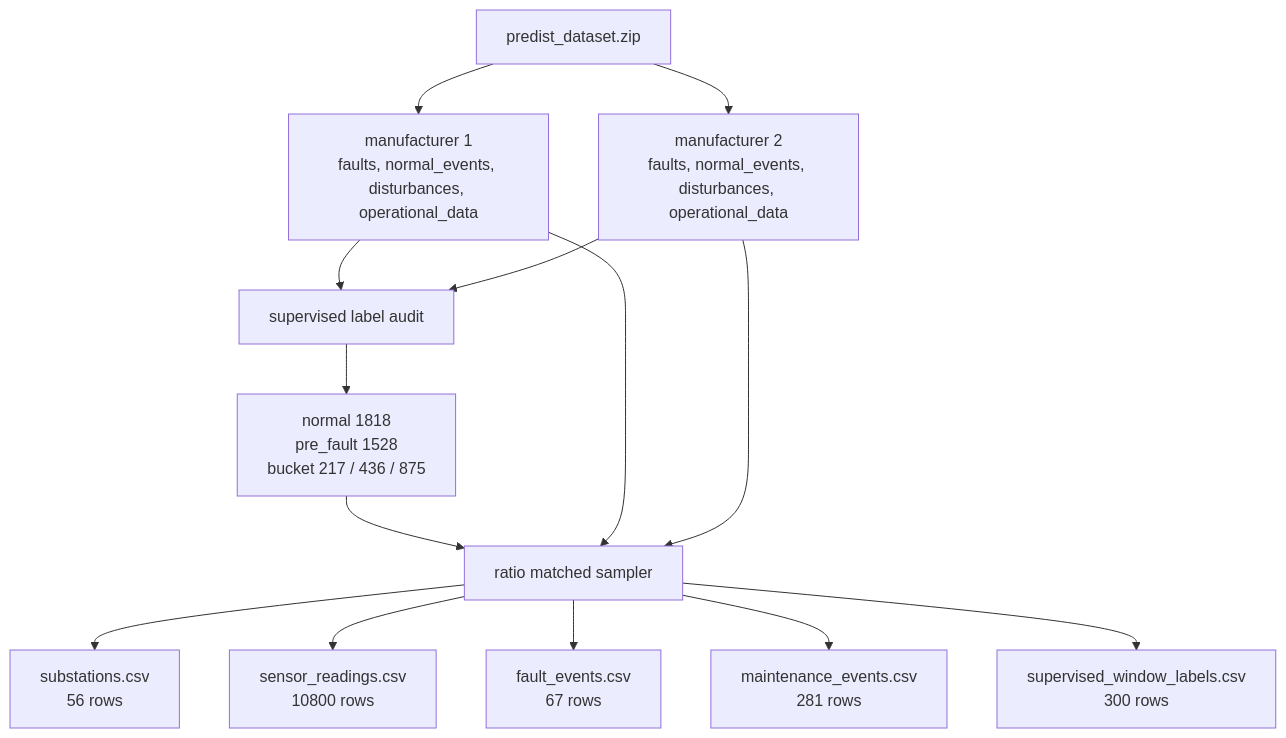
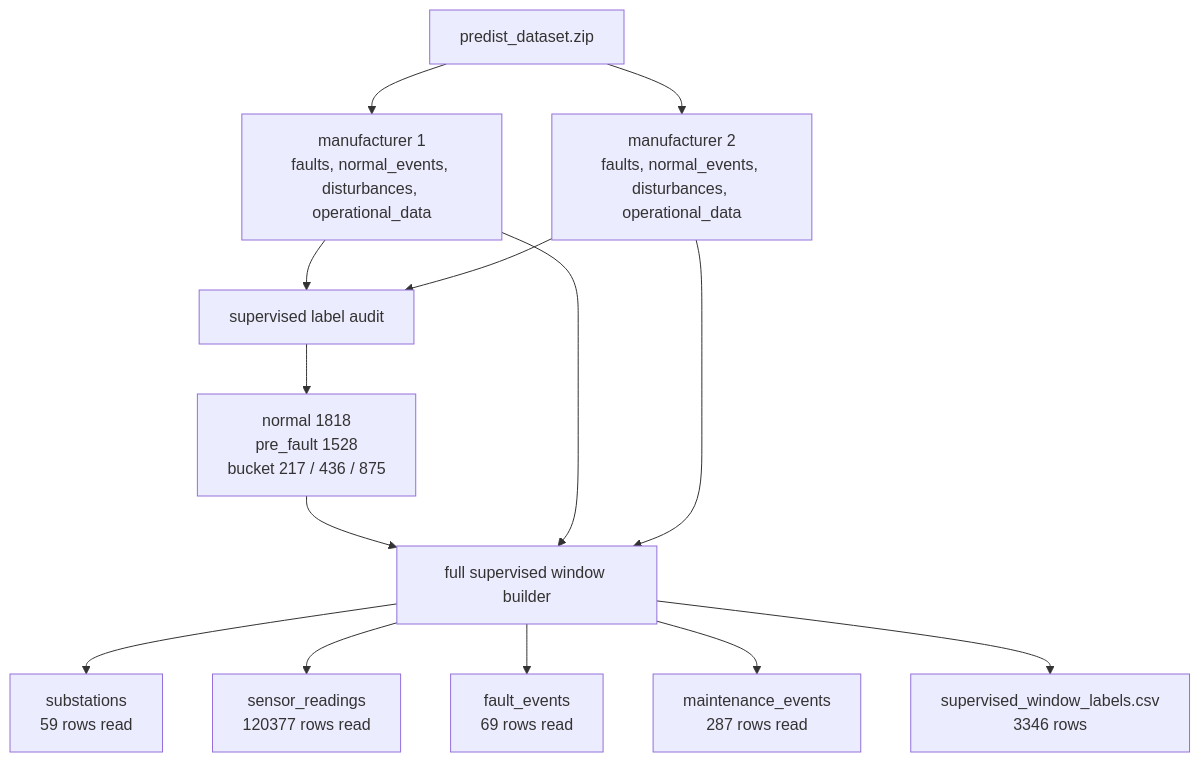
Before and after one commit to jiyang-lee/Heat_Grid_Agent: the diagram in docs/report/proto/01_raw.md, drawn with Mermaid. The commit also changed other lines of this file and 32 other files, not shown here.

````diff
--- a/docs/report/proto/01_raw.md
+++ b/docs/report/proto/01_raw.md
@@ -48,16 +48,16 @@
 ```mermaid
 flowchart TD
   ZIP["predist_dataset.zip"] --> F1["manufacturer 1<br/>faults, normal_events, disturbances, operational_data"]
   ZIP --> F2["manufacturer 2<br/>faults, normal_events, disturbances, operational_data"]
   F1 --> AUDIT["supervised label audit"]
   F2 --> AUDIT
   AUDIT --> RATIO["normal 1818<br/>pre_fault 1528<br/>bucket 217 / 436 / 875"]
-  RATIO --> SAMPLE["ratio matched sampler"]
+  RATIO --> SAMPLE["full supervised window builder"]
   F1 --> SAMPLE
   F2 --> SAMPLE
-  SAMPLE --> RAW1["substations.csv<br/>56 rows"]
-  SAMPLE --> RAW2["sensor_readings.csv<br/>10800 rows"]
-  SAMPLE --> RAW3["fault_events.csv<br/>67 rows"]
-  SAMPLE --> RAW4["maintenance_events.csv<br/>281 rows"]
-  SAMPLE --> LABEL["supervised_window_labels.csv<br/>300 rows"]
+  SAMPLE --> RAW1["substations<br/>59 rows read"]
+  SAMPLE --> RAW2["sensor_readings<br/>120377 rows read"]
+  SAMPLE --> RAW3["fault_events<br/>69 rows read"]
+  SAMPLE --> RAW4["maintenance_events<br/>287 rows read"]
+  SAMPLE --> LABEL["supervised_window_labels.csv<br/>3346 rows"]
 ```
````
